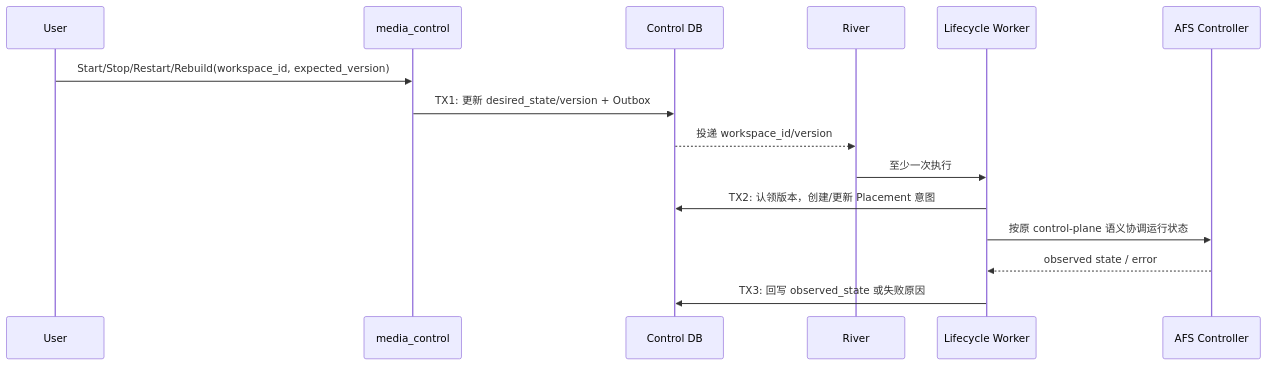
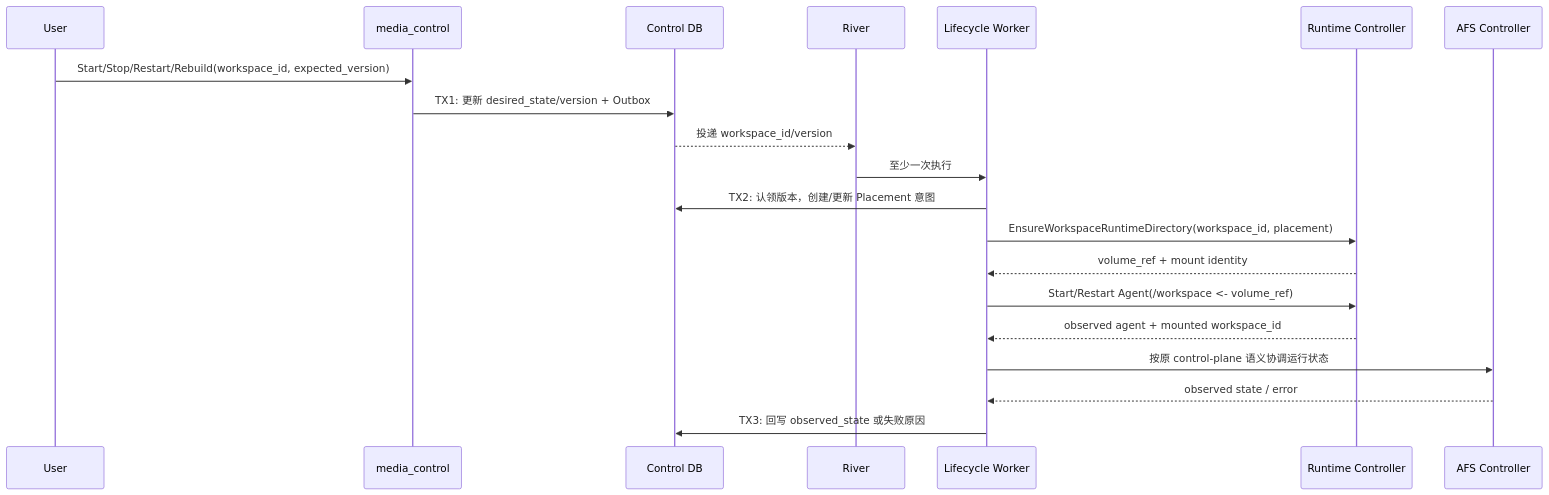
One commit to hotttao/media_agent changed the diagram in docs/ddd/media_control/workflow/0001-workspace_lifecycle/workspace_lifecycle.md. Above: the diagram before and after it, drawn with Mermaid. The commit also changed other lines of this file and 27 other files, not shown here.

Commit message:
feat(agent): persist workspace runtime directory

````diff
--- a/docs/ddd/media_control/workflow/0001-workspace_lifecycle/workspace_lifecycle.md
+++ b/docs/ddd/media_control/workflow/0001-workspace_lifecycle/workspace_lifecycle.md
@@ -20,17 +20,22 @@
 ```mermaid
 sequenceDiagram
     participant U as User
     participant C as media_control
     participant DB as Control DB
     participant Q as River
     participant W as Lifecycle Worker
+    participant R as Runtime Controller
     participant A as AFS Controller
     U->>C: Start/Stop/Restart/Rebuild(workspace_id, expected_version)
     C->>DB: TX1: 更新 desired_state/version + Outbox
     DB-->>Q: 投递 workspace_id/version
     Q->>W: 至少一次执行
     W->>DB: TX2: 认领版本，创建/更新 Placement 意图
+    W->>R: EnsureWorkspaceRuntimeDirectory(workspace_id, placement)
+    R-->>W: volume_ref + mount identity
+    W->>R: Start/Restart Agent(/workspace <- volume_ref)
+    R-->>W: observed agent + mounted workspace_id
     W->>A: 按原 control-plane 语义协调运行状态
     A-->>W: observed state / error
     W->>DB: TX3: 回写 observed_state 或失败原因
 ```
````
